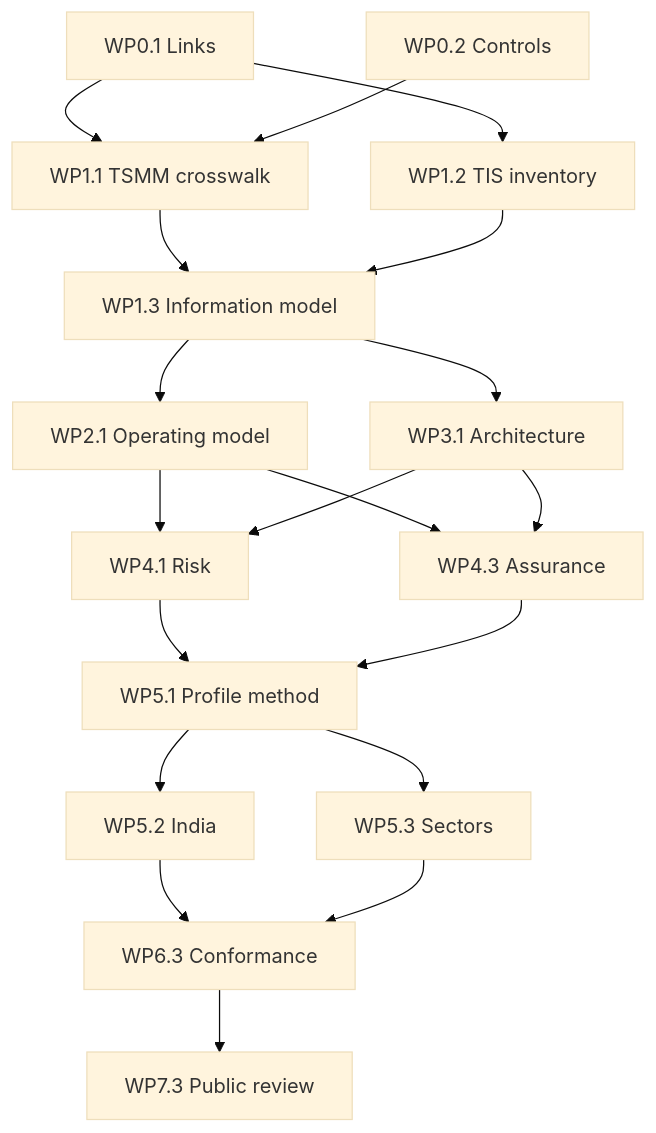
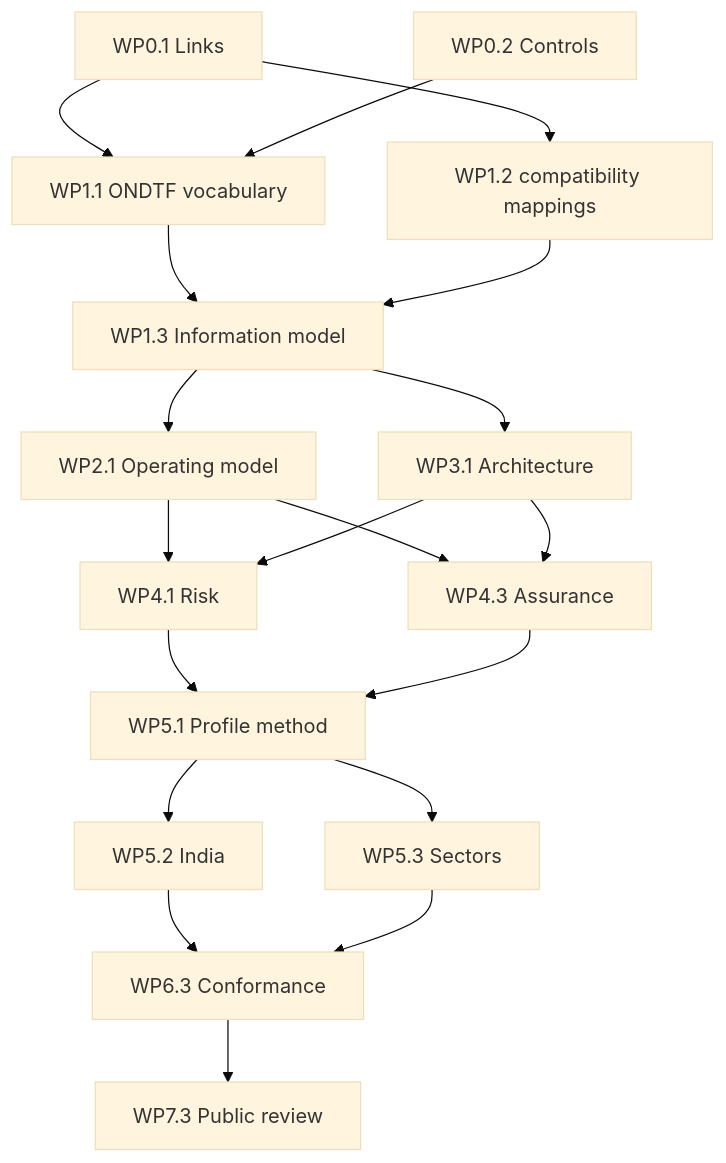
The diagram in docs/programme/workplan.md (sankarshanmukhopadhyay/open-national-digital-trust-framework), drawn with Mermaid (base theme) before and after one commit. The commit also changed other lines of this file and 29 other files, not shown here.

````diff
--- a/docs/programme/workplan.md
+++ b/docs/programme/workplan.md
@@ -23,21 +23,21 @@
 ```mermaid
 flowchart TB
-  WP01["WP0.1 Links"] --> WP11["WP1.1 TSMM crosswalk"]
+  WP01["WP0.1 Links"] --> WP11["WP1.1 ONDTF vocabulary"]
   WP02["WP0.2 Controls"] --> WP11
-  WP01 --> WP12["WP1.2 TIS inventory"]
+  WP01 --> WP12["WP1.2 compatibility mappings"]
   WP11 --> WP13["WP1.3 Information model"]
   WP12 --> WP13
   WP13 --> WP21["WP2.1 Operating model"]
   WP13 --> WP31["WP3.1 Architecture"]
   WP21 --> WP41["WP4.1 Risk"]
   WP31 --> WP41
   WP21 --> WP43["WP4.3 Assurance"]
   WP31 --> WP43
   WP41 --> WP51["WP5.1 Profile method"]
   WP43 --> WP51
   WP51 --> WP52["WP5.2 India"]
   WP51 --> WP53["WP5.3 Sectors"]
   WP52 --> WP63["WP6.3 Conformance"]
   WP53 --> WP63
   WP63 --> WP73["WP7.3 Public review"]
 ```
````
